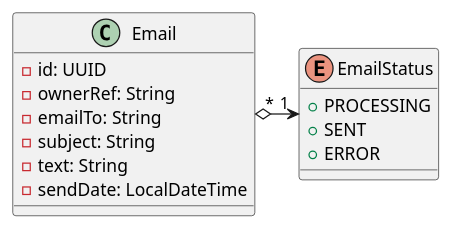
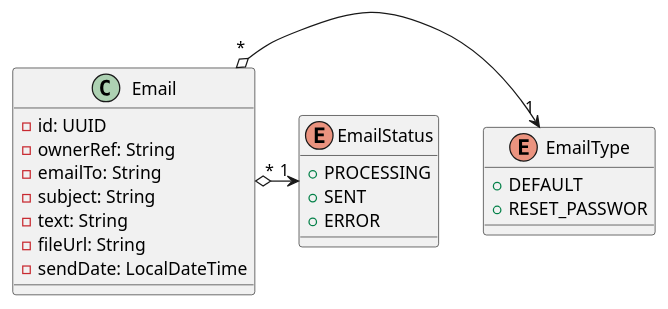
Before and after one commit to luan-coelho/email-sending-microservice: the diagram in email-ms.plantuml, drawn with PlantUML. The commit also changed 4 other files, not shown here.

Commit message:
Documentando API com Swagger e alterando diagrama de classes

```diff
--- a/email-ms.plantuml
+++ b/email-ms.plantuml
@@ -1,20 +1,28 @@
 @startuml Email
 
 class Email {
     - id: UUID
     - ownerRef: String
     - emailTo: String
     - subject: String
     - text: String
+    - fileUrl: String
     - sendDate: LocalDateTime
 }
 
 enum EmailStatus {
     + PROCESSING
     + SENT
     + ERROR
 }
 
+enum EmailType {
+    + DEFAULT
+    + RESET_PASSWOR
+}
+
+Email "*" o-> "1" EmailType
 Email "*" o-> "1" EmailStatus
 
+
 @enduml
```
